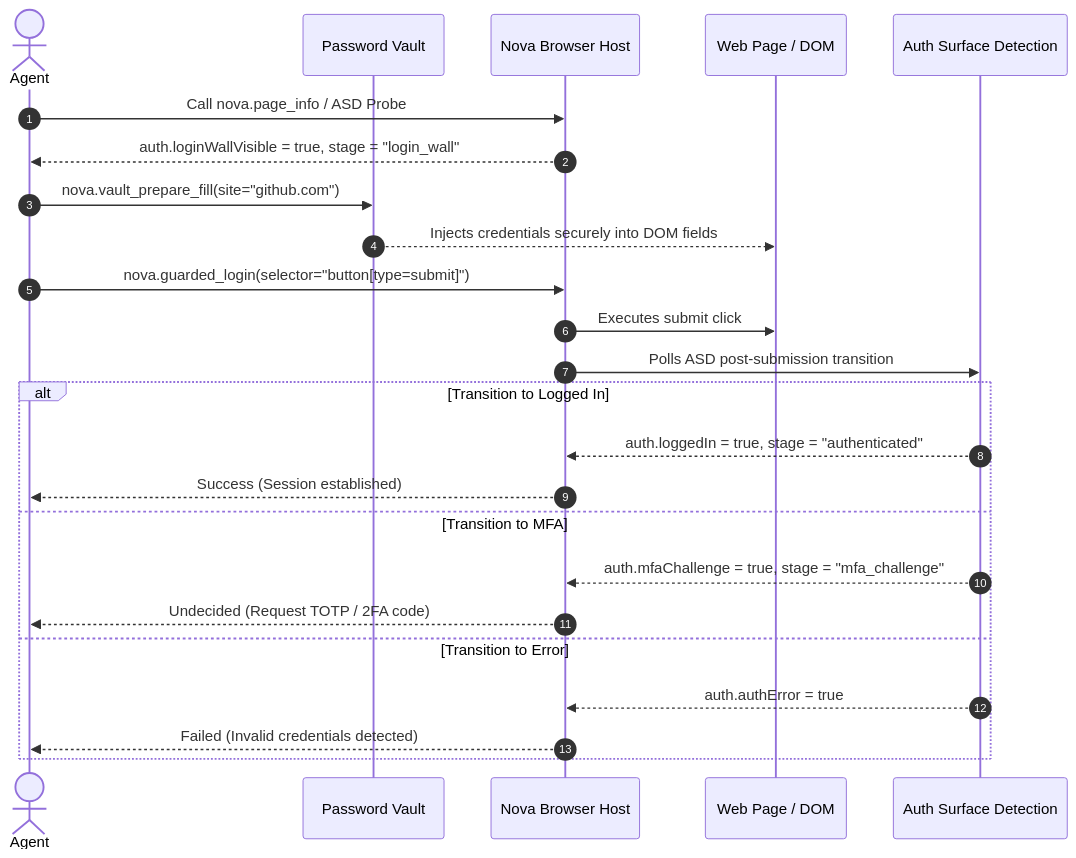
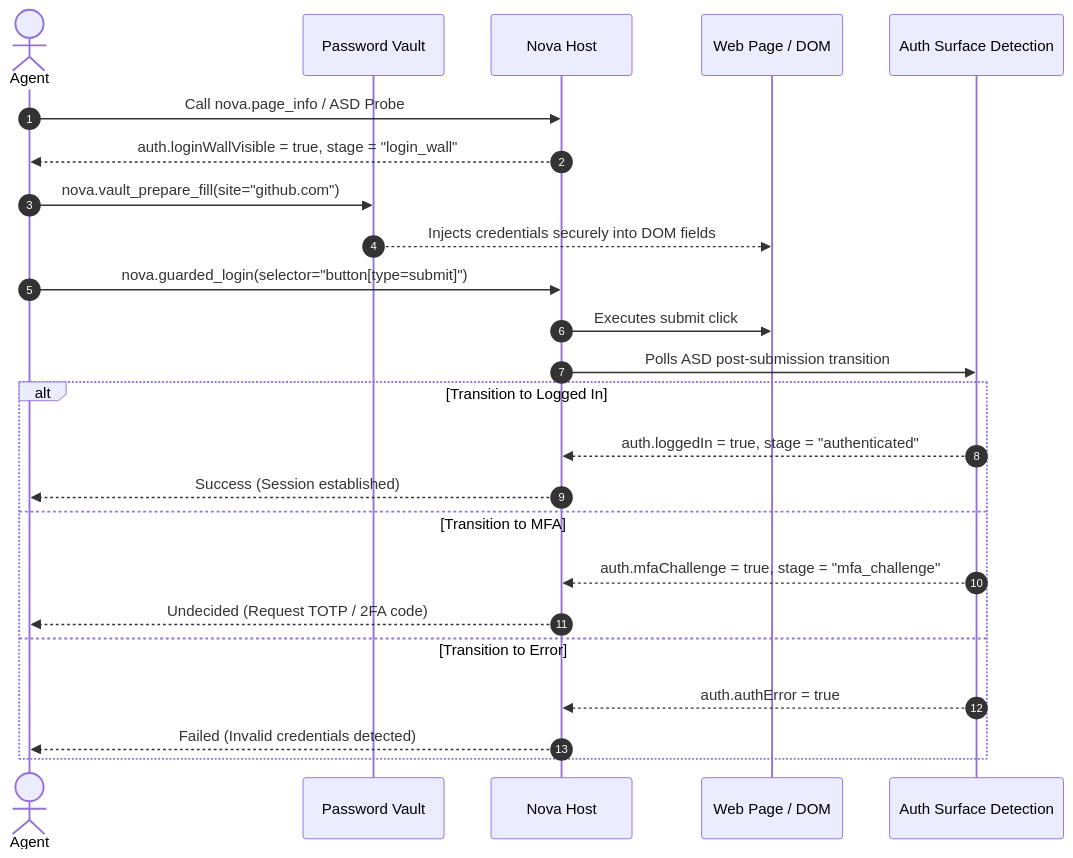
The eighth of 8 diagrams in docs/core-features/auth-surface-detection-asd/README.md (joelaniol/nova), drawn with Mermaid before and after one commit. The commit also changed 15 other files, not shown here.

````diff
--- a/docs/core-features/auth-surface-detection-asd/README.md
+++ b/docs/core-features/auth-surface-detection-asd/README.md
@@ -402,27 +402,27 @@
 ```mermaid
 sequenceDiagram
     autonumber
     actor Agent
     participant Vault as Password Vault
-    participant Nova as Nova Browser Host
+    participant Nova as Nova Host
     participant Page as Web Page / DOM
     participant ASD as Auth Surface Detection
 
     Agent->>Nova: Call nova.page_info / ASD Probe
     Nova-->>Agent: auth.loginWallVisible = true, stage = "login_wall"
     Agent->>Vault: nova.vault_prepare_fill(site="github.com")
     Vault-->>Page: Injects credentials securely into DOM fields
     Agent->>Nova: nova.guarded_login(selector="button[type=submit]")
     Nova->>Page: Executes submit click
     Nova->>ASD: Polls ASD post-submission transition
     alt Transition to Logged In
         ASD-->>Nova: auth.loggedIn = true, stage = "authenticated"
         Nova-->>Agent: Success (Session established)
     else Transition to MFA
         ASD-->>Nova: auth.mfaChallenge = true, stage = "mfa_challenge"
         Nova-->>Agent: Undecided (Request TOTP / 2FA code)
     else Transition to Error
         ASD-->>Nova: auth.authError = true
         Nova-->>Agent: Failed (Invalid credentials detected)
     end
 ```
````
